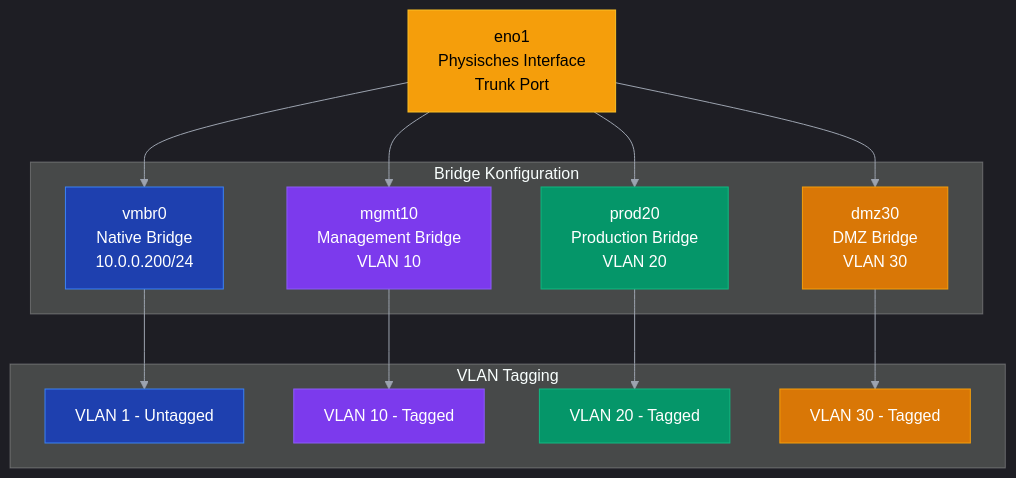
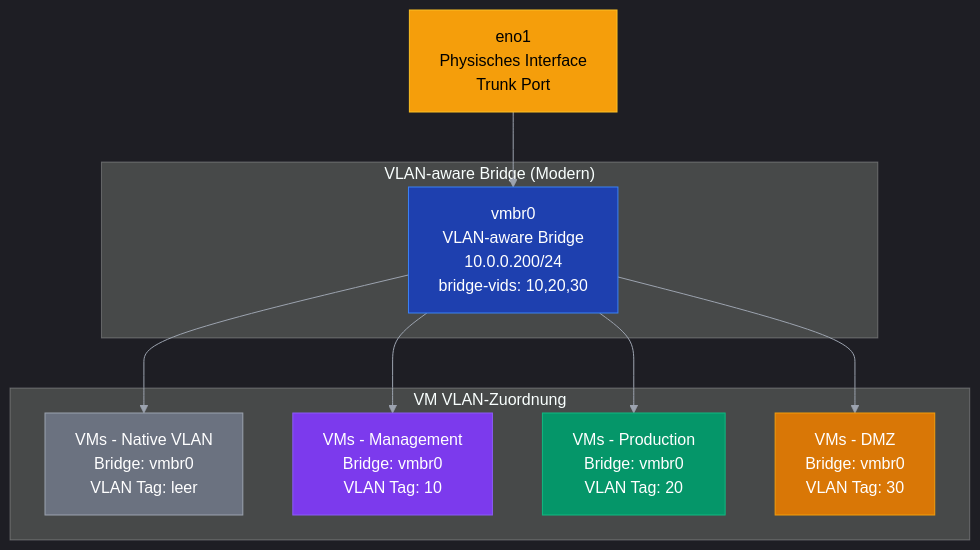
The diagram in ne_instal.md (ErikSlevin/proxmox), drawn with Mermaid before and after one commit. The commit also changed other lines of this file, not shown here.

````diff
--- a/ne_instal.md
+++ b/ne_instal.md
@@ -180,39 +45,29 @@
 ```mermaid
 %%{init: {'theme':'dark','themeVariables':{'primaryColor':'#4f46e5','primaryTextColor':'#e5e7eb','primaryBorderColor':'#6b7280','lineColor':'#9ca3af','background':'#1f2937','secondaryColor':'#374151','tertiaryColor':'#111827'}}}%%
 graph TD
     Physical[eno1<br/>Physisches Interface<br/>Trunk Port]
     
-    subgraph "Bridge Konfiguration"
-        vmbr0[vmbr0<br/>Native Bridge<br/>10.0.0.200/24]
-        mgmt10[mgmt10<br/>Management Bridge<br/>VLAN 10]
-        prod20[prod20<br/>Production Bridge<br/>VLAN 20]
-        dmz30[dmz30<br/>DMZ Bridge<br/>VLAN 30]
+    subgraph "VLAN-aware Bridge (Modern)"
+        vmbr0[vmbr0<br/>VLAN-aware Bridge<br/>10.0.0.200/24<br/>bridge-vids: 10,20,30]
     end
     
-    subgraph "VLAN Tagging"
-        Native[VLAN 1 - Untagged]
-        Tag10[VLAN 10 - Tagged]
-        Tag20[VLAN 20 - Tagged]
-        Tag30[VLAN 30 - Tagged]
+    subgraph "VM VLAN-Zuordnung"
+        VM1[VMs - Native VLAN<br/>Bridge: vmbr0<br/>VLAN Tag: leer]
+        VM10[VMs - Management<br/>Bridge: vmbr0<br/>VLAN Tag: 10]
+        VM20[VMs - Production<br/>Bridge: vmbr0<br/>VLAN Tag: 20]
+        VM30[VMs - DMZ<br/>Bridge: vmbr0<br/>VLAN Tag: 30]
     end
     
     Physical --> vmbr0
-    Physical --> mgmt10
-    Physical --> prod20
-    Physical --> dmz30
-    
-    vmbr0 --> Native
-    mgmt10 --> Tag10
-    prod20 --> Tag20
-    dmz30 --> Tag30
+    vmbr0 --> VM1
+    vmbr0 --> VM10
+    vmbr0 --> VM20
+    vmbr0 --> VM30
     
     style Physical fill:#f59e0b,stroke:#fbbf24,color:#000000
     style vmbr0 fill:#1e40af,stroke:#3b82f6,color:#ffffff
-    style mgmt10 fill:#7c3aed,stroke:#8b5cf6,color:#ffffff
-    style prod20 fill:#059669,stroke:#10b981,color:#ffffff
-    style dmz30 fill:#d97706,stroke:#f59e0b,color:#ffffff
-    style Native fill:#1e40af,stroke:#3b82f6,color:#ffffff
-    style Tag10 fill:#7c3aed,stroke:#8b5cf6,color:#ffffff
-    style Tag20 fill:#059669,stroke:#10b981,color:#ffffff
-    style Tag30 fill:#d97706,stroke:#f59e0b,color:#ffffff
+    style VM1 fill:#6b7280,stroke:#9ca3af,color:#ffffff
+    style VM10 fill:#7c3aed,stroke:#8b5cf6,color:#ffffff
+    style VM20 fill:#059669,stroke:#10b981,color:#ffffff
+    style VM30 fill:#d97706,stroke:#f59e0b,color:#ffffff
 ```
````
